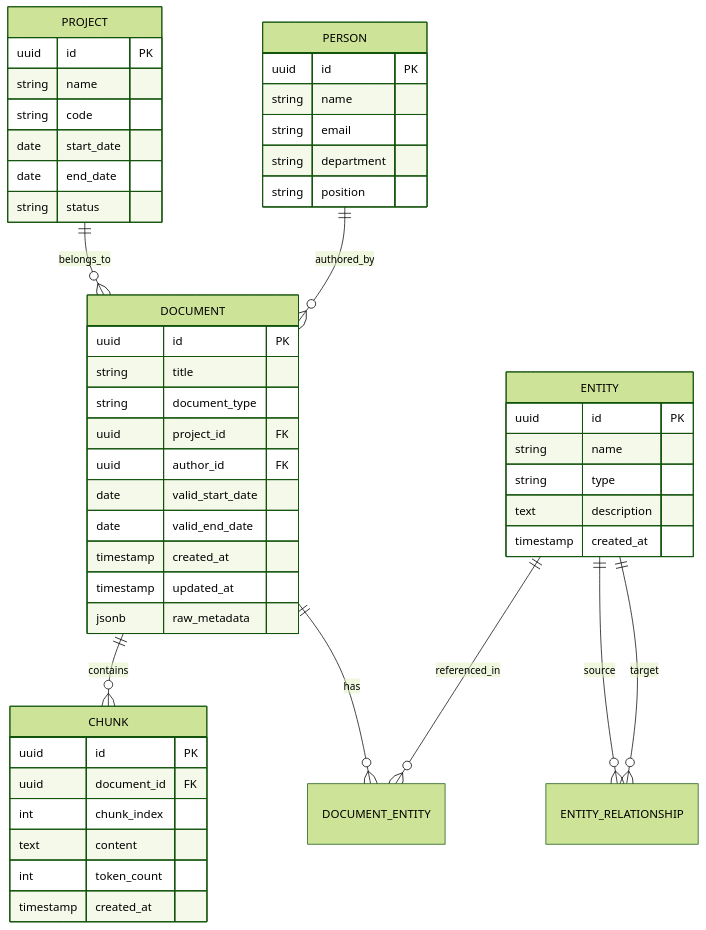
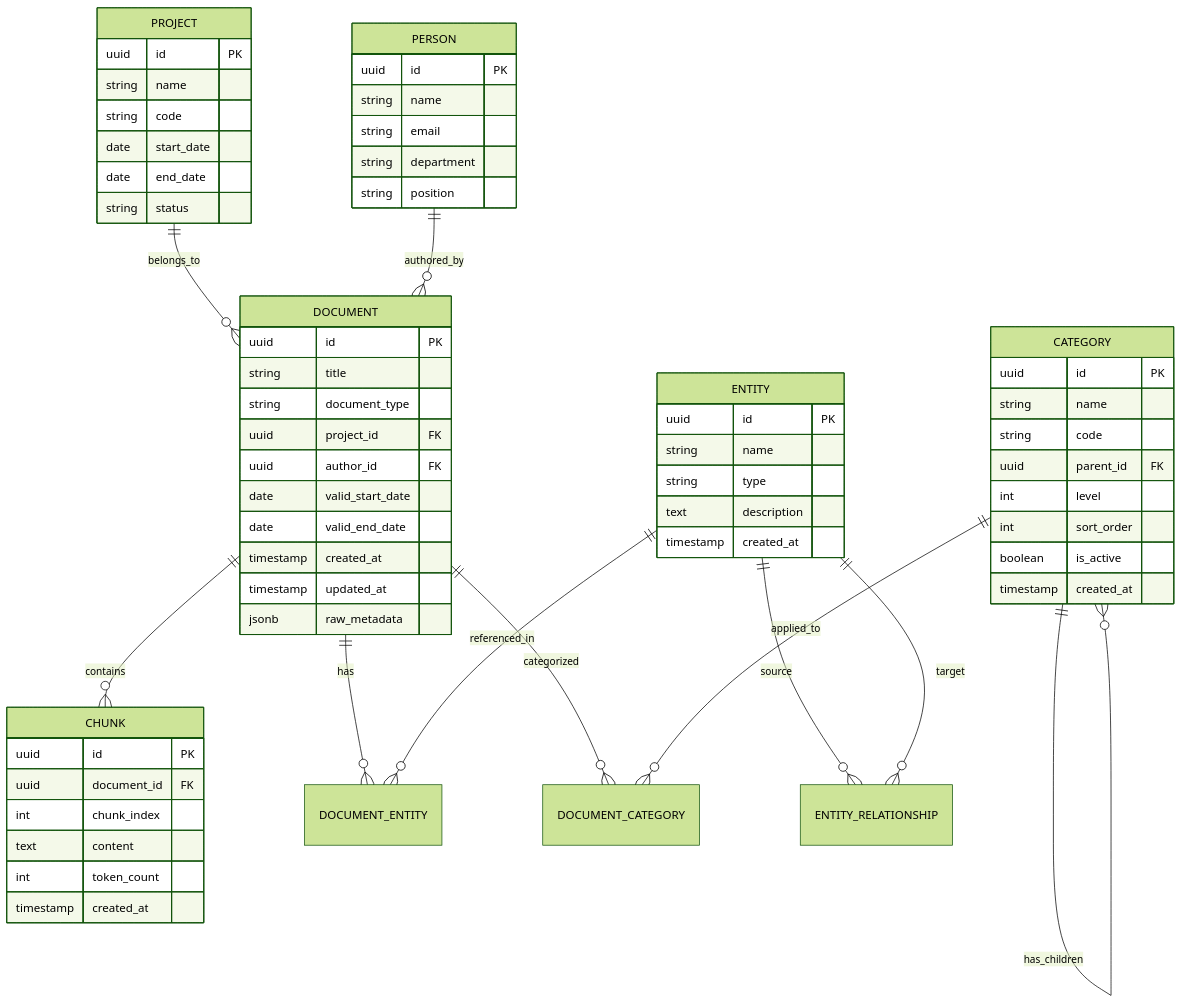
The tenth of 17 diagrams in knowledge_service/docs/02_design/hybrid_rag_platform_detailed_design.md (k82022603/hybrid-rag-knowledge-ops), drawn with Mermaid (forest theme) before and after one commit. The commit also changed other lines of this file and 19 other files, not shown here.

````diff
--- a/knowledge_service/docs/02_design/hybrid_rag_platform_detailed_design.md
+++ b/knowledge_service/docs/02_design/hybrid_rag_platform_detailed_design.md
@@ -879,57 +881,71 @@
 ```mermaid
 erDiagram
     DOCUMENT ||--o{ CHUNK : contains
     DOCUMENT ||--o{ DOCUMENT_ENTITY : has
+    DOCUMENT ||--o{ DOCUMENT_CATEGORY : categorized
     ENTITY ||--o{ DOCUMENT_ENTITY : referenced_in
     ENTITY ||--o{ ENTITY_RELATIONSHIP : source
     ENTITY ||--o{ ENTITY_RELATIONSHIP : target
     PROJECT ||--o{ DOCUMENT : belongs_to
     PERSON ||--o{ DOCUMENT : authored_by
+    CATEGORY ||--o{ DOCUMENT_CATEGORY : applied_to
+    CATEGORY ||--o{ CATEGORY : has_children
 
     DOCUMENT {
         uuid id PK
         string title
         string document_type
         uuid project_id FK
         uuid author_id FK
         date valid_start_date
         date valid_end_date
         timestamp created_at
         timestamp updated_at
         jsonb raw_metadata
     }
 
     CHUNK {
         uuid id PK
         uuid document_id FK
         int chunk_index
         text content
         int token_count
         timestamp created_at
     }
 
     ENTITY {
         uuid id PK
         string name
         string type
         text description
         timestamp created_at
     }
 
+    CATEGORY {
+        uuid id PK
+        string name
+        string code
+        uuid parent_id FK
+        int level
+        int sort_order
+        boolean is_active
+        timestamp created_at
+    }
+
     PROJECT {
         uuid id PK
         string name
         string code
         date start_date
         date end_date
         string status
     }
 
     PERSON {
         uuid id PK
         string name
         string email
         string department
         string position
     }
 ```
````
